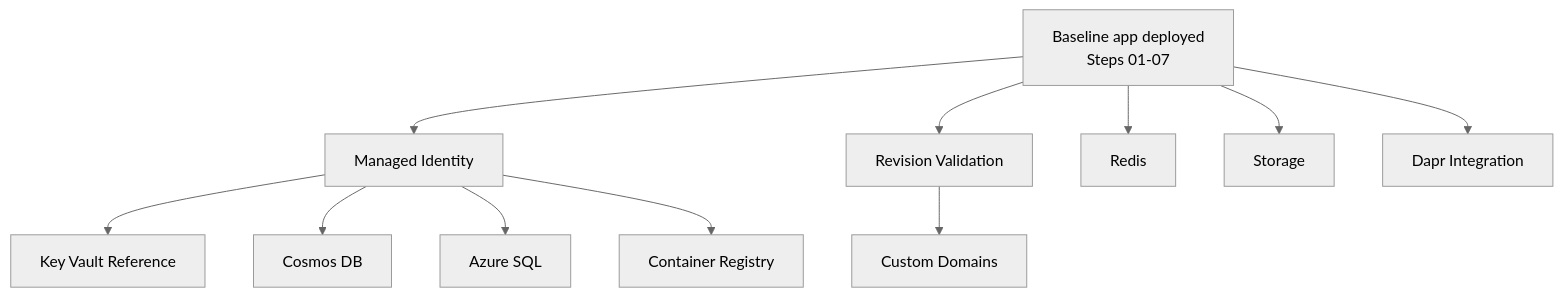
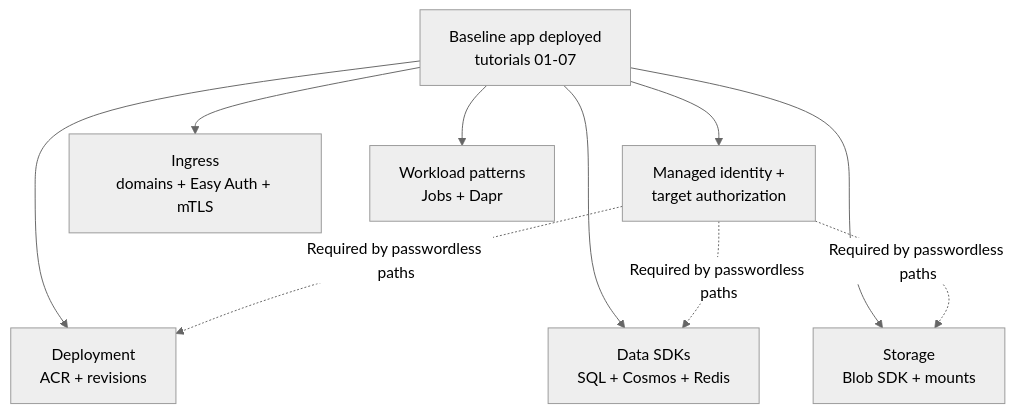
Before and after one commit to yeongseon/azure-container-apps-practical-guide: the diagram in docs/language-guides/nodejs/recipes/index.md, drawn with Mermaid (neutral theme). The commit also changed other lines of this file and 12 other files, not shown here.

Commit message:
docs(diagrams): migrate Node.js recipe diagrams (#630)

````diff
--- a/docs/language-guides/nodejs/recipes/index.md
+++ b/docs/language-guides/nodejs/recipes/index.md
@@ -59,13 +61,22 @@
 ```mermaid
 flowchart TD
-    BASE[Baseline app deployed<br/>Steps 01-07] --> ID[Managed Identity]
-    BASE --> REV[Revision Validation]
-    ID --> KV[Key Vault Reference]
-    ID --> COSMOS[Cosmos DB]
-    ID --> SQL[Azure SQL]
-    ID --> ACR[Container Registry]
-    BASE --> REDIS[Redis]
-    BASE --> STORAGE[Storage]
-    BASE --> DAPR[Dapr Integration]
-    REV --> DOMAIN[Custom Domains]
+    accTitle: Node.js recipe selection by prerequisite
+    accDescr: Start from a deployed baseline app, then choose a recipe family. Managed identity is a shared prerequisite for private ACR pulls, Key Vault, and passwordless data SDK recipes. Arrows show prerequisites, not runtime network traffic.
+    BASE[Baseline app deployed<br/>tutorials 01-07]
+    ID[Managed identity +<br/>target authorization]
+    DEPLOY[Deployment<br/>ACR + revisions]
+    DATA[Data SDKs<br/>SQL + Cosmos + Redis]
+    STORAGE[Storage<br/>Blob SDK + mounts]
+    EDGE[Ingress<br/>domains + Easy Auth + mTLS]
+    WORK[Workload patterns<br/>Jobs + Dapr]
+
+    BASE --> ID
+    BASE --> DEPLOY
+    BASE --> DATA
+    BASE --> STORAGE
+    BASE --> EDGE
+    BASE --> WORK
+    ID -.->|"Required by passwordless paths"| DEPLOY
+    ID -.->|"Required by passwordless paths"| DATA
+    ID -.->|"Required by passwordless paths"| STORAGE
 ```
````
